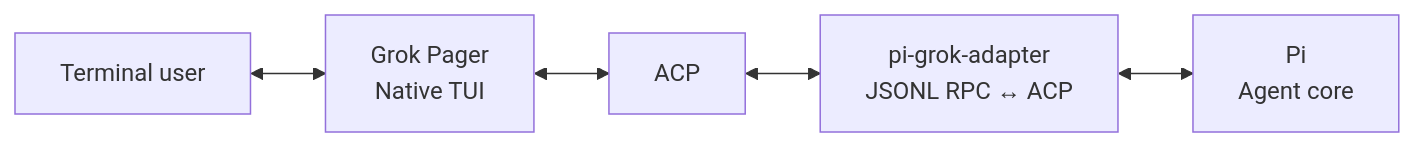
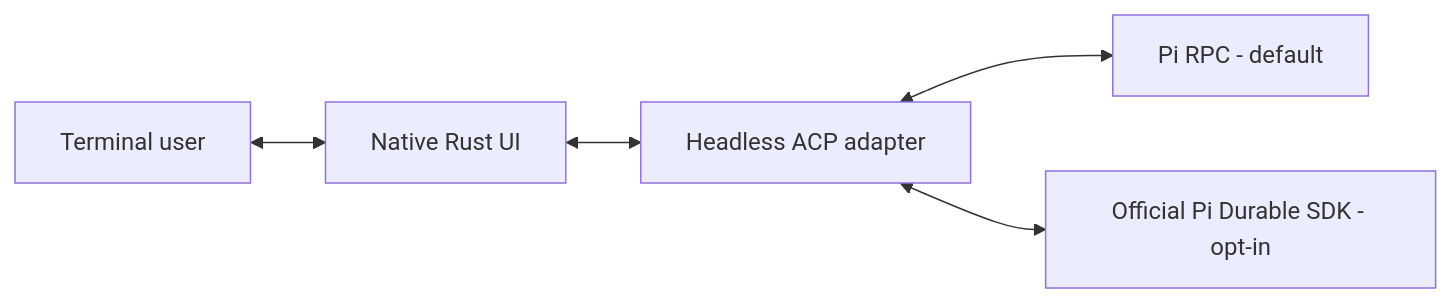
The diagram in README.md (kyrosle/grok-pi-tui), drawn with Mermaid before and after one commit. The commit also changed other lines of this file and 2 other files, not shown here.

````diff
--- a/README.md
+++ b/README.md
@@ -141,7 +155,7 @@
 ```mermaid
 flowchart LR
-    User[Terminal user] <--> Pager[Grok Pager\nNative TUI]
-    Pager <--> ACP[ACP]
-    ACP <--> Adapter[pi-grok-adapter\nJSONL RPC ↔ ACP]
-    Adapter <--> Pi[Pi\nAgent core]
+    User[Terminal user] <--> UI[Native Rust UI]
+    UI <--> Adapter[Headless ACP adapter]
+    Adapter <--> RPC[Pi RPC - default]
+    Adapter <--> Durable[Official Pi Durable SDK - opt-in]
 ```
````
